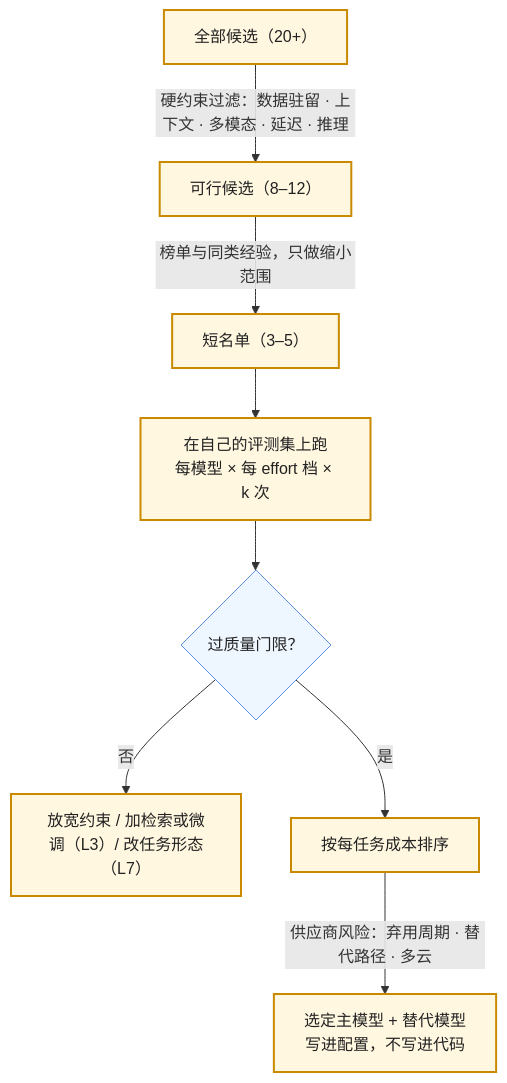
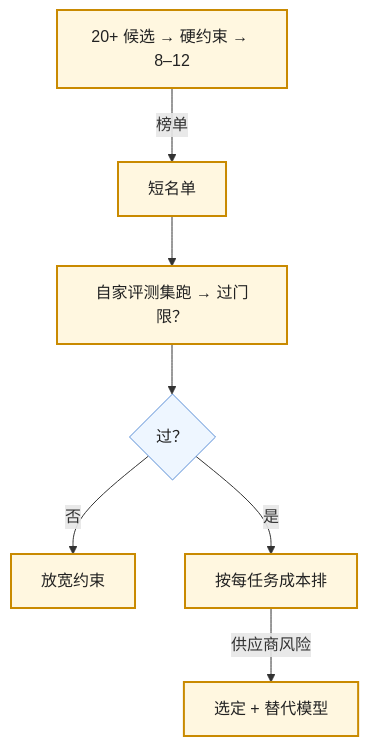
Before and after one commit to arganzheng/arganzheng.github.com: the sixth of 7 diagrams in slides/2026-10-04-model-as-component.md, drawn with Mermaid. The commit also changed other lines of this file, not shown here.

Commit message:
slides/model-as-component: cut/shorten mermaid diagrams below 14px rendered text (check-render smalltext/overlap)

````diff
--- a/slides/2026-10-04-model-as-component.md
+++ b/slides/2026-10-04-model-as-component.md
@@ -213,16 +213,15 @@
 ```mermaid
 %%{init: {"flowchart": {"wrappingWidth": 170}}}%%
 flowchart TB
-    A["全部候选（20+）"] -->|"硬约束过滤：数据驻留 · 上下文 · 多模态 · 延迟 · 推理"| C["可行候选（8–12）"]
-    C -->|"榜单与同类经验，只做缩小范围"| E["短名单（3–5）"]
-    E --> F["在自己的评测集上跑<br/>每模型 × 每 effort 档 × k 次"]
-    F --> G{"过质量门限？"}
-    G -->|"否"| H["放宽约束 / 加检索或微调（L3）/ 改任务形态（L7）"]
-    G -->|"是"| I["按每任务成本排序"]
-    I -->|"供应商风险：弃用周期 · 替代路径 · 多云"| K["选定主模型 + 替代模型<br/>写进配置，不写进代码"]
+    A["20+ 候选 → 硬约束 → 8–12"] -->|"榜单"| E["短名单"]
+    E --> F["自家评测集跑 → 过门限？"]
+    F --> G{"过？"}
+    G -->|"否"| H["放宽约束"]
+    G -->|"是"| I["按每任务成本排"]
+    I -->|"供应商风险"| K["选定 + 替代模型"]
 
     classDef step fill:#fff7e0,stroke:#c98a00,stroke-width:2px,color:#222
     classDef dec fill:#eef6ff,stroke:#5b8fd6,color:#222
-    class A,C,E,F,I,K,H step
+    class A,E,F,I,K,H step
     class G dec
 ```
````
